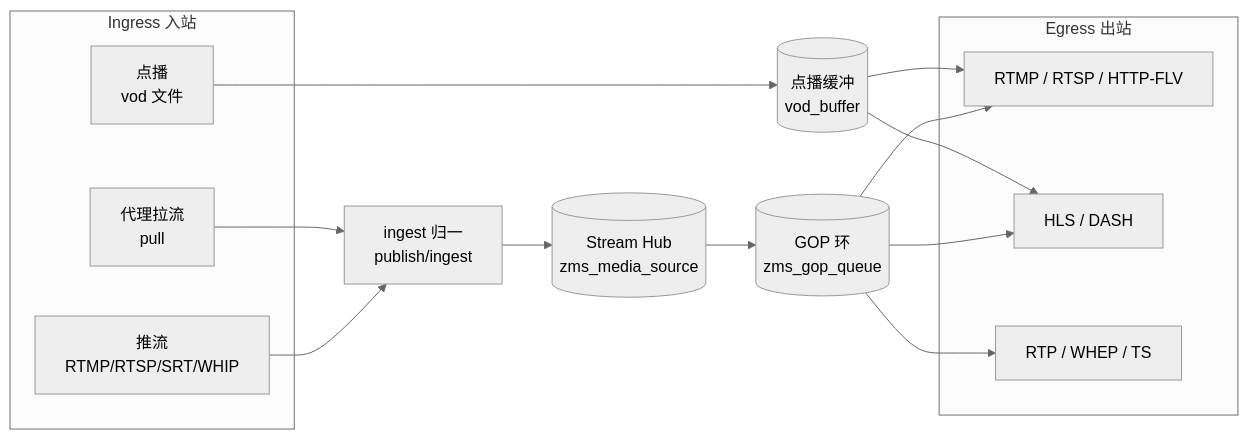
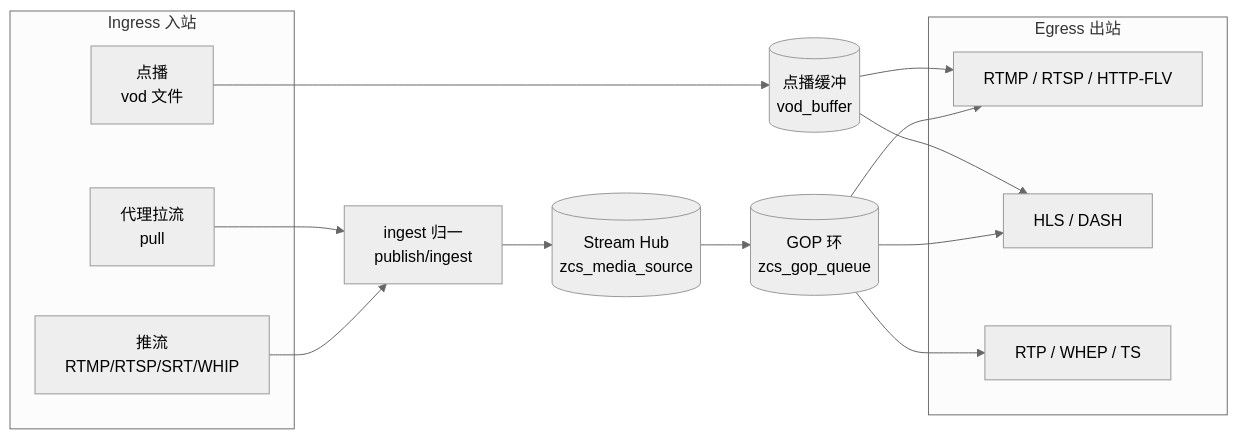
Before and after one commit to zero-pipe/zstorage: the first of 5 diagrams in docs/stream-pipeline.md, drawn with Mermaid (neutral theme). The commit also changed other lines of this file and 761 other files, not shown here.

First line of the commit message:
全局重命名: zms -> zcs (zero cloud storage)

````diff
--- a/docs/stream-pipeline.md
+++ b/docs/stream-pipeline.md
@@ -163,28 +163,28 @@
 ```mermaid
 flowchart LR
   subgraph IN["Ingress 入站"]
     P["推流<br/>RTMP/RTSP/SRT/WHIP"]
     L["代理拉流<br/>pull"]
     V["点播<br/>vod 文件"]
   end
 
   I["ingest 归一<br/>publish/ingest"]
-  H[("Stream Hub<br/>zms_media_source")]
-  G[("GOP 环<br/>zms_gop_queue")]
+  H[("Stream Hub<br/>zcs_media_source")]
+  G[("GOP 环<br/>zcs_gop_queue")]
   VB[("点播缓冲<br/>vod_buffer")]
 
   subgraph OUT["Egress 出站"]
     O1["RTMP / RTSP / HTTP-FLV"]
     O2["HLS / DASH"]
     O3["RTP / WHEP / TS"]
   end
 
   P --> I --> H --> G
   L --> I
   V --> VB
   G --> O1
   G --> O2
   G --> O3
   VB --> O1
   VB --> O2
 ```
````
